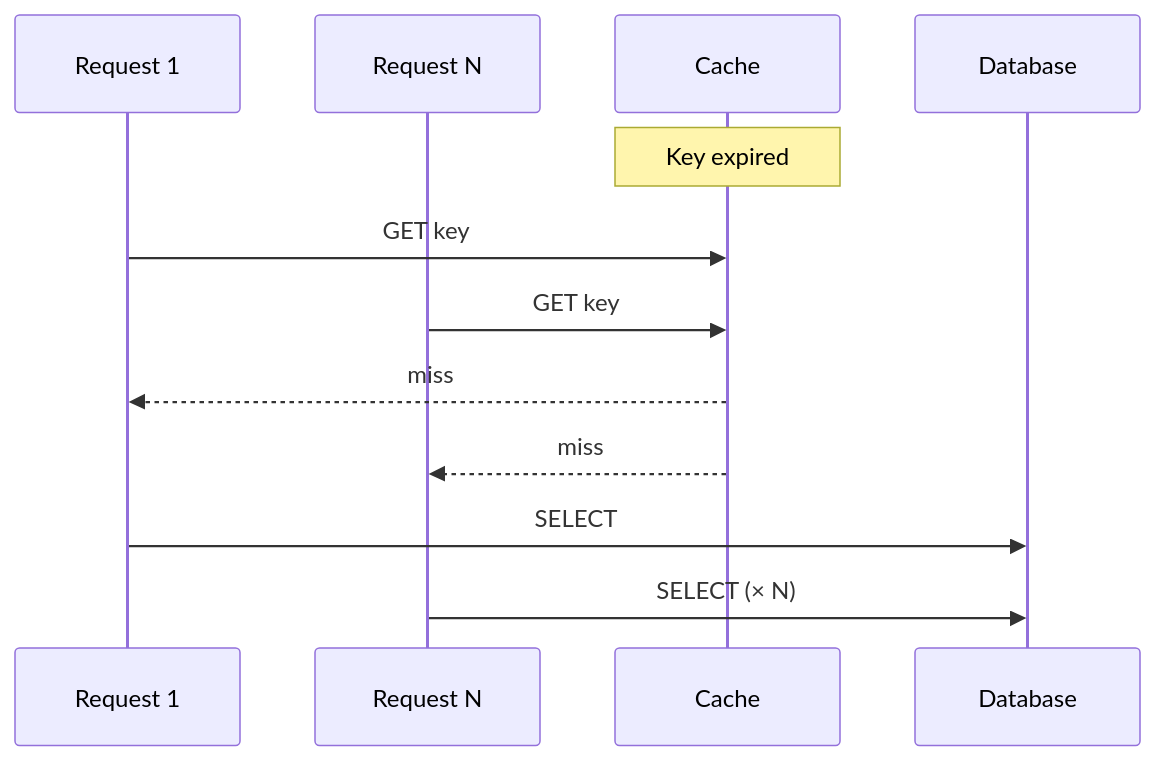
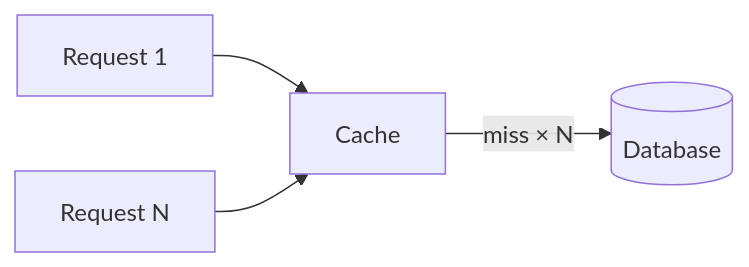
One commit to hareramcse/SystemDesign changed diagram 20 of 21 in 03-caching/README.md. Above: the diagram before and after it, drawn with Mermaid. The commit also changed other lines of this file, not shown here.

````diff
--- a/03-caching/README.md
+++ b/03-caching/README.md
@@ -685,14 +613,6 @@
 ```mermaid
-sequenceDiagram
-    participant R1 as Request 1
-    participant RN as Request N
-    participant Cache
-    participant DB as Database
-    Note over Cache: Key expired
-    R1->>Cache: GET key
-    RN->>Cache: GET key
-    Cache-->>R1: miss
-    Cache-->>RN: miss
-    R1->>DB: SELECT
-    RN->>DB: SELECT (× N)
+flowchart LR
+    R1[Request 1] --> Cache[Cache]
+    RN[Request N] --> Cache
+    Cache -->|miss × N| DB[(Database)]
 ```
````
